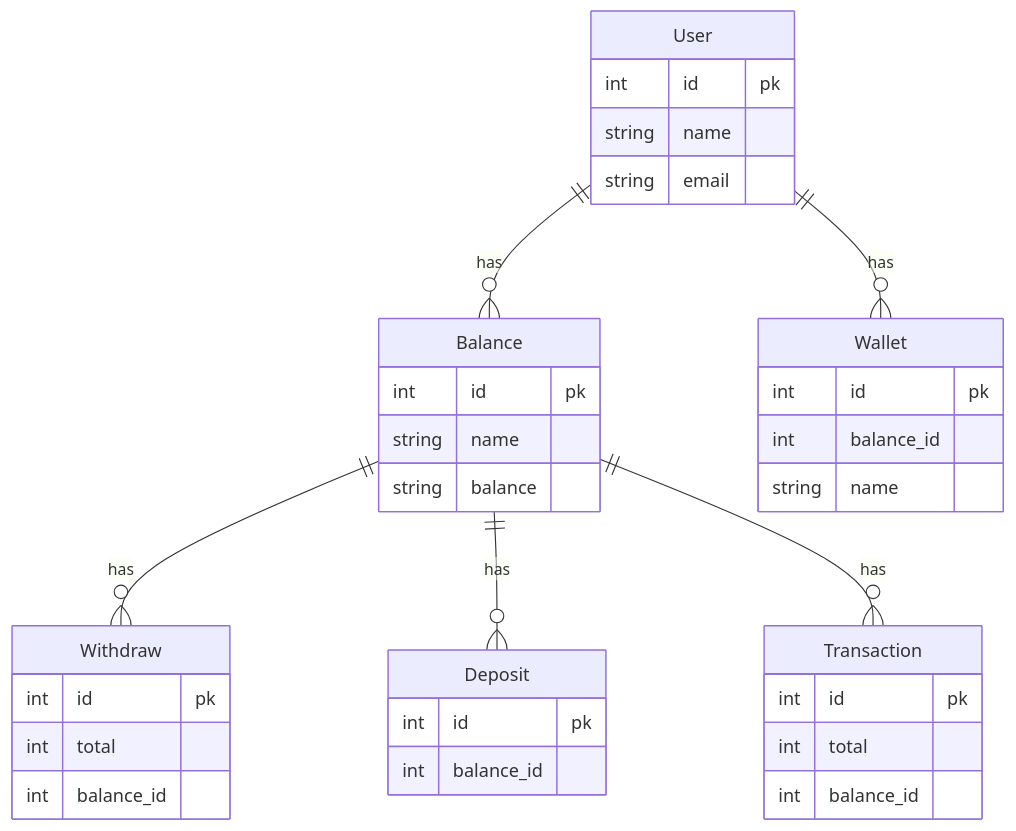
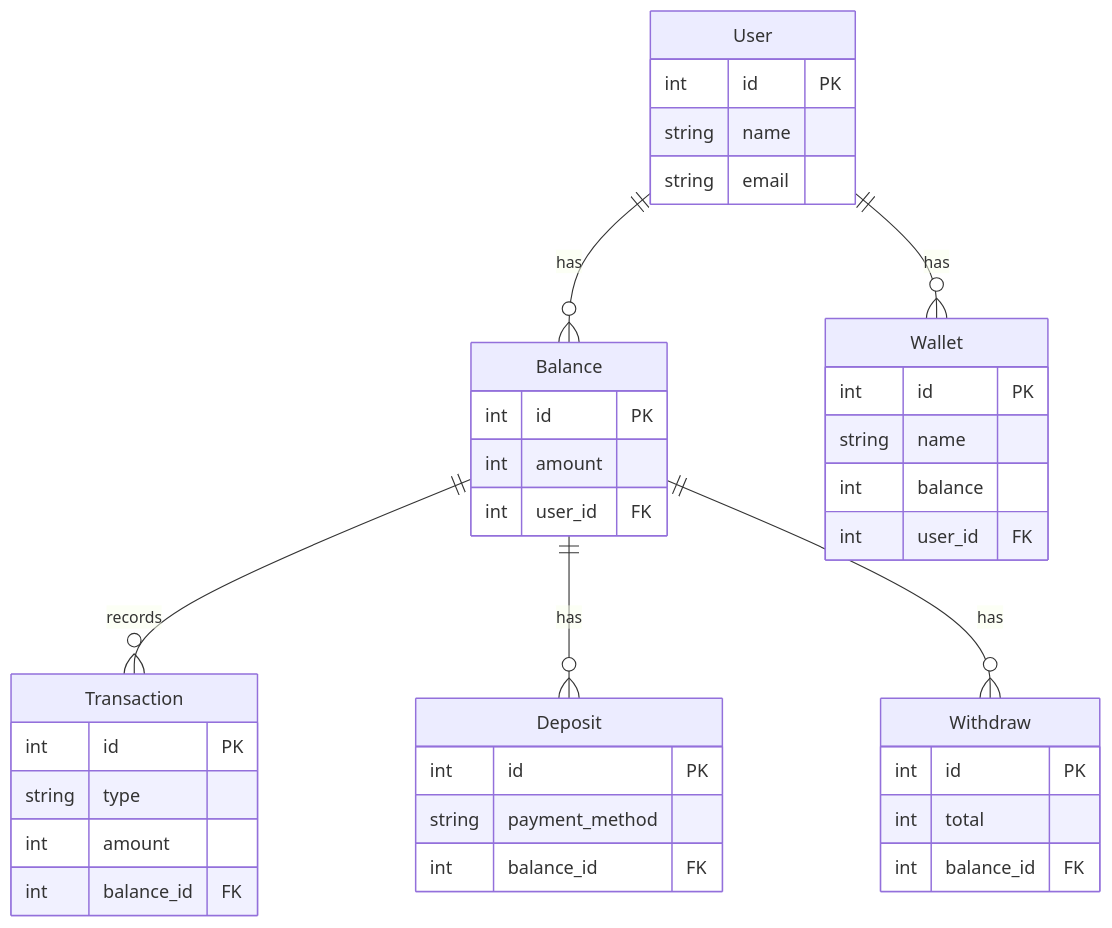
One commit to Albaihaqi354/koda-b5-db2 changed the diagram in ERD.MD. Above: the diagram before and after it, drawn with Mermaid. The commit also changed other lines of this file and 2 other files, not shown here.

Commit message:
Koda B5 db2

````diff
--- a/ERD.MD
+++ b/ERD.MD
@@ -1,43 +2,46 @@
 ```mermaid
 erDiagram
 User {
-    int id pk
+    int id PK
     string name
     string email
 }
 
 Withdraw {
-    int id pk
+    int id PK
     int total
-    int balance_id
+    int balance_id FK
 }
 
 Balance {
-    int id pk
-    string name
-    string balance
+    int id PK
+    int amount
+    int user_id FK
 }
 
 Transaction {
-    int id pk
-    int total
-    int balance_id
+    int id PK
+    string type
+    int amount
+    int balance_id FK
 }
 
 Deposit {
-    int id pk
-    int balance_id
+    int id PK
+    string payment_method
+    int balance_id FK
 }
 
 Wallet {
-    int id pk
-    int balance_id
+    int id PK
     string name
+    int balance
+    int user_id FK
 }
 
-User ||--O{ Balance : has 
-User ||--O{ Wallet : has 
+User ||--o{ Wallet : has
+User ||--o{ Balance : has
+Balance ||--o{ Transaction : records
+Balance ||--o{ Deposit : has
 Balance ||--o{ Withdraw : has
-Balance ||--o{ Deposit : has
-Balance ||--o{ Transaction : has
 ```
````
